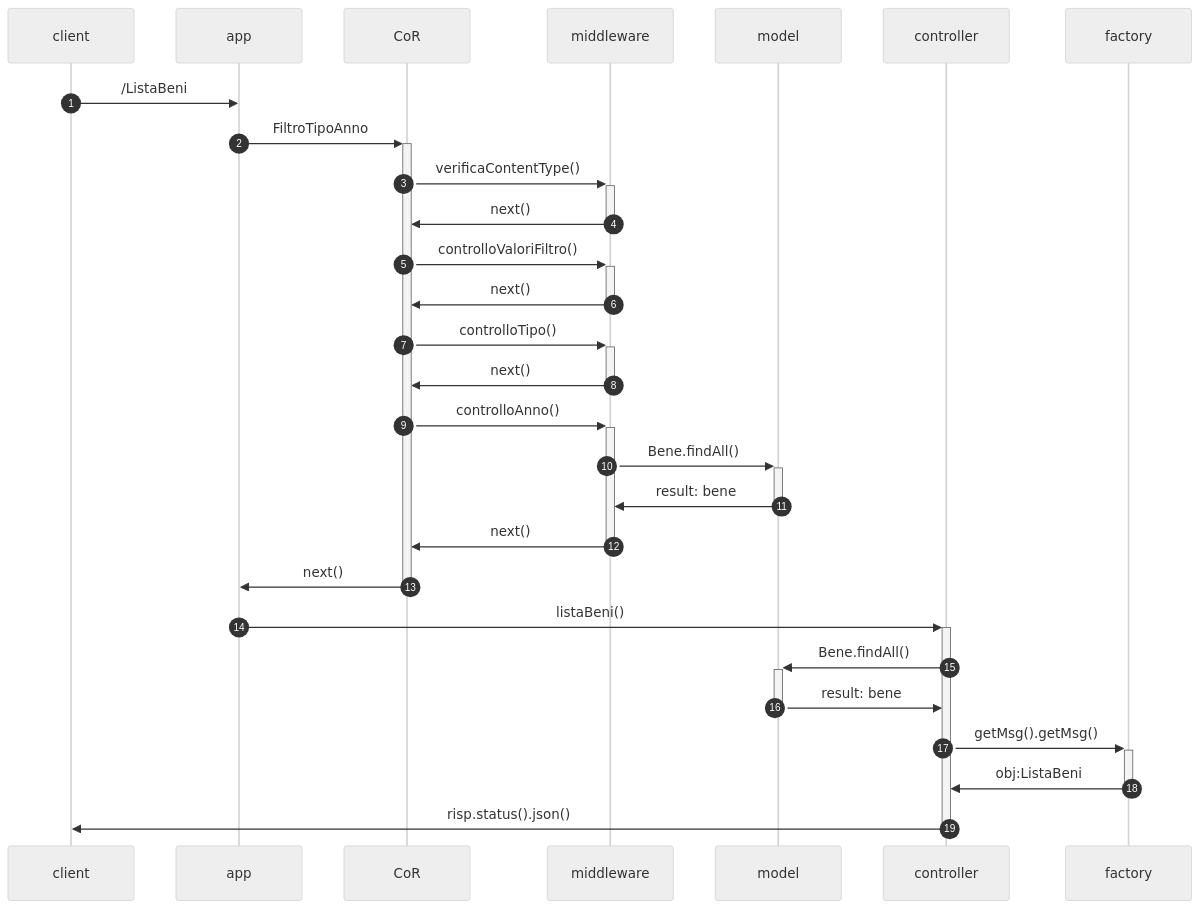
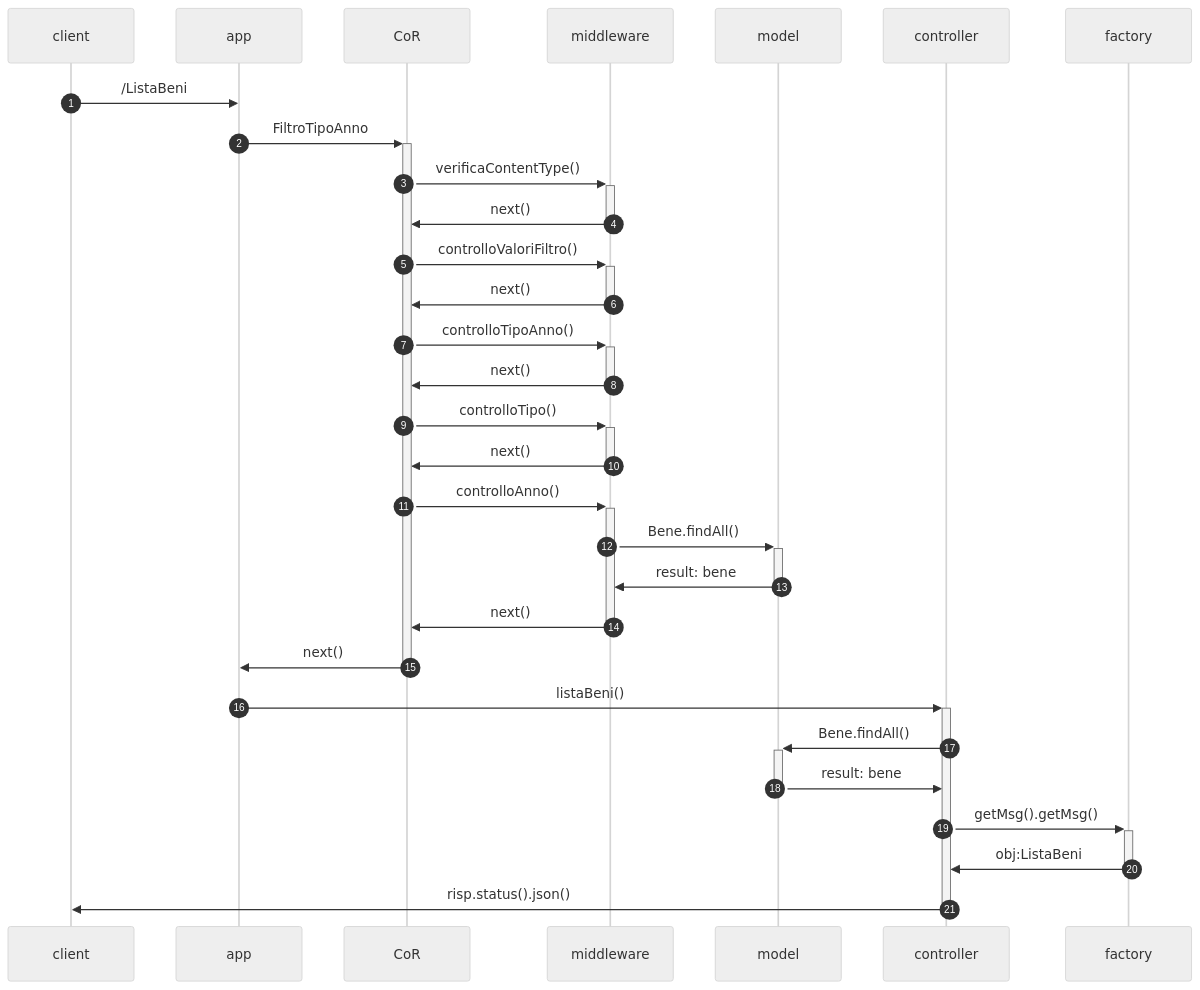
Before and after one commit to MargheritaGaleazzi/AcquistoBeniStorici-Progetto-PA: the second of 12 diagrams in README.md, drawn with Mermaid (neutral theme).

````diff
--- a/README.md
+++ b/README.md
@@ -312,23 +312,25 @@
 ```mermaid
 sequenceDiagram
 autonumber
 client ->> app: /ListaBeni
 app ->>+ CoR: FiltroTipoAnno
 CoR ->>+ middleware: verificaContentType()
 middleware ->>- CoR:  next()
 CoR ->>+ middleware: controlloValoriFiltro()
+middleware ->>- CoR:  next()
+CoR ->>+ middleware: controlloTipoAnno()
 middleware ->>- CoR:  next()
 CoR ->>+ middleware: controlloTipo()
 middleware ->>- CoR:  next()
 CoR ->>+ middleware: controlloAnno()
 middleware ->>+ model: Bene.findAll()
 model ->>- middleware: result: bene
 middleware ->>- CoR:  next()
 CoR ->>- app : next()
 app ->>+ controller: listaBeni()
 controller ->>+ model : Bene.findAll()
 model ->>- controller : result: bene
 controller ->>+ factory : getMsg().getMsg()
 factory ->>- controller: obj:ListaBeni
 controller ->>- client:  risp.status().json()
 ```
````
